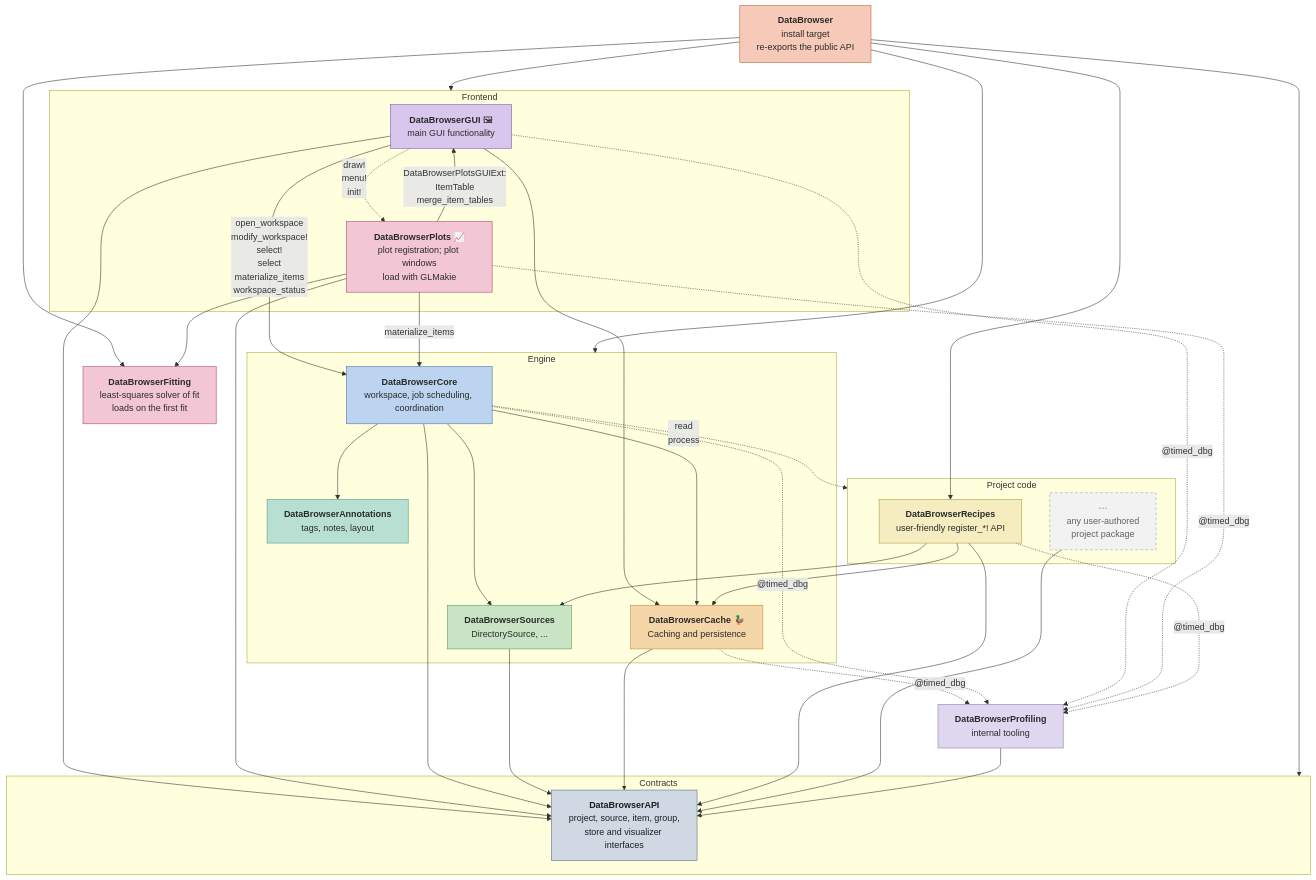
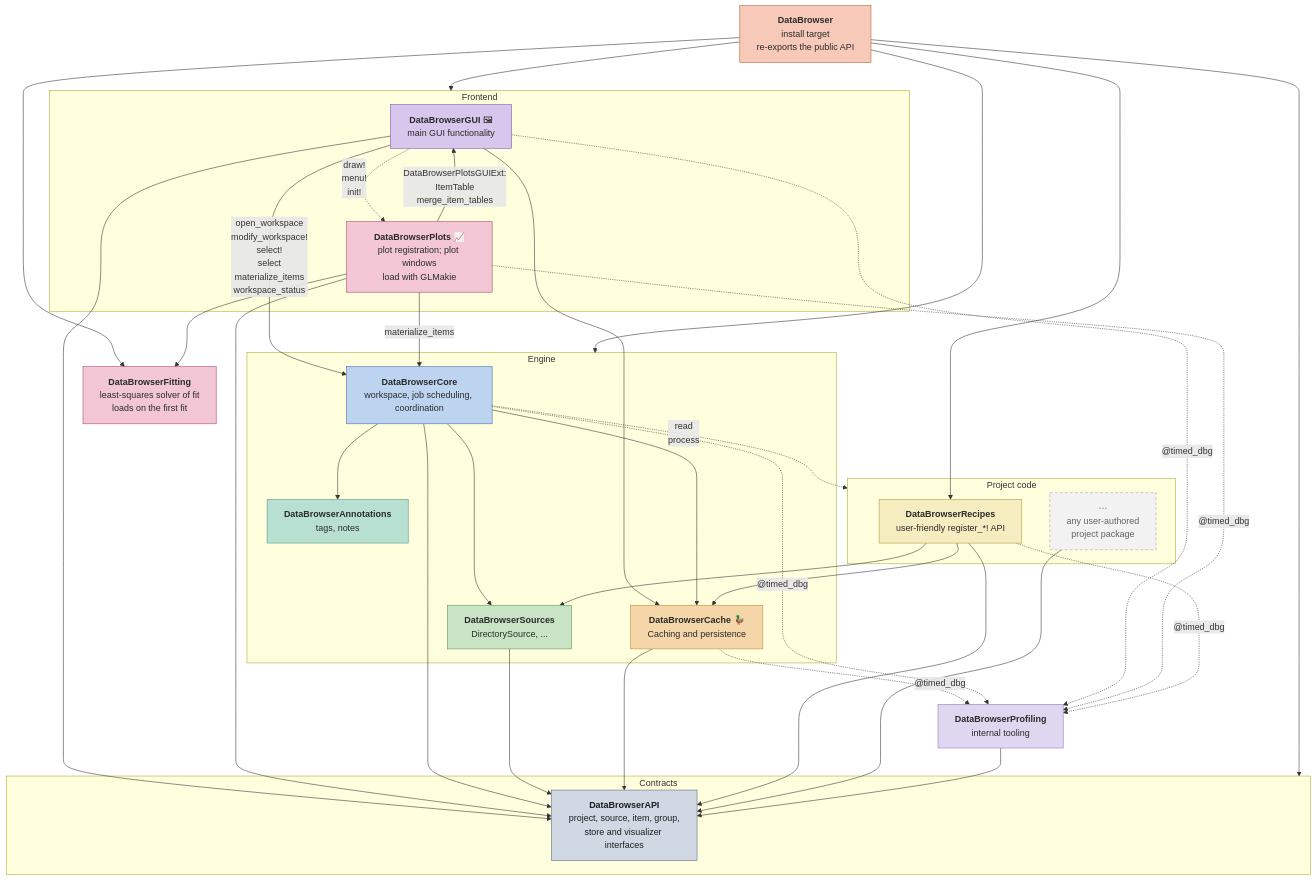
Before and after one commit to digiefel/DataBrowser: the first of 4 diagrams in docs/ARCHITECTURE.md, drawn with Mermaid. The commit also changed other lines of this file and 24 other files, not shown here.

First line of the commit message:
Update the architecture, vision, roadmap, plans, agent instructions and test guide to the code

```diff
--- a/docs/ARCHITECTURE.md
+++ b/docs/ARCHITECTURE.md
@@ -44,7 +44,7 @@
         core["<b>DataBrowserCore</b><br/>workspace, job scheduling, coordination"]
         src["<b>DataBrowserSources</b><br/>DirectorySource, ..."]
         cache["<b>DataBrowserCache</b> 🦆<br/>Caching and persistence"]
-        ann["<b>DataBrowserAnnotations</b><br/>tags, notes, layout"]
+        ann["<b>DataBrowserAnnotations</b><br/>tags, notes"]
     end
 
     subgraph contracts["Contracts"]
```
